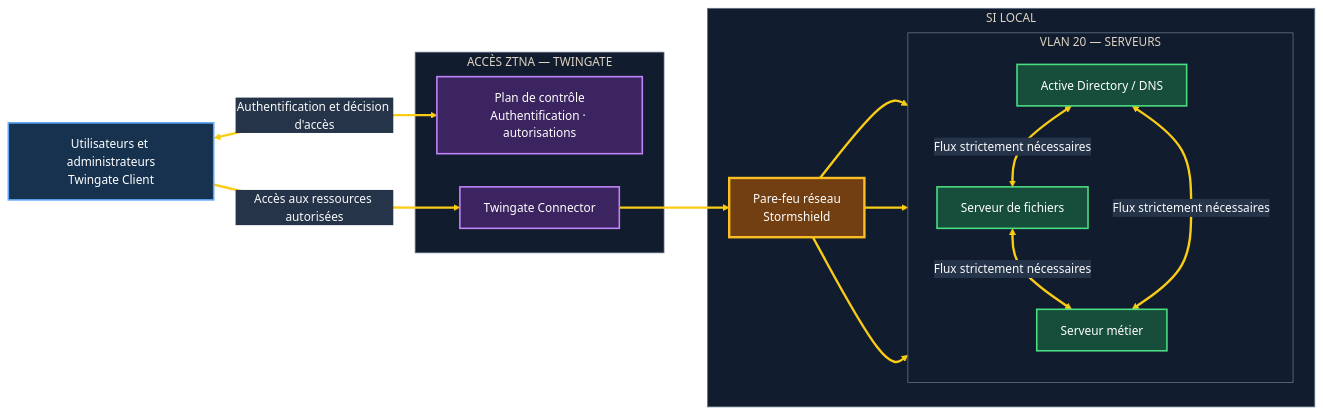
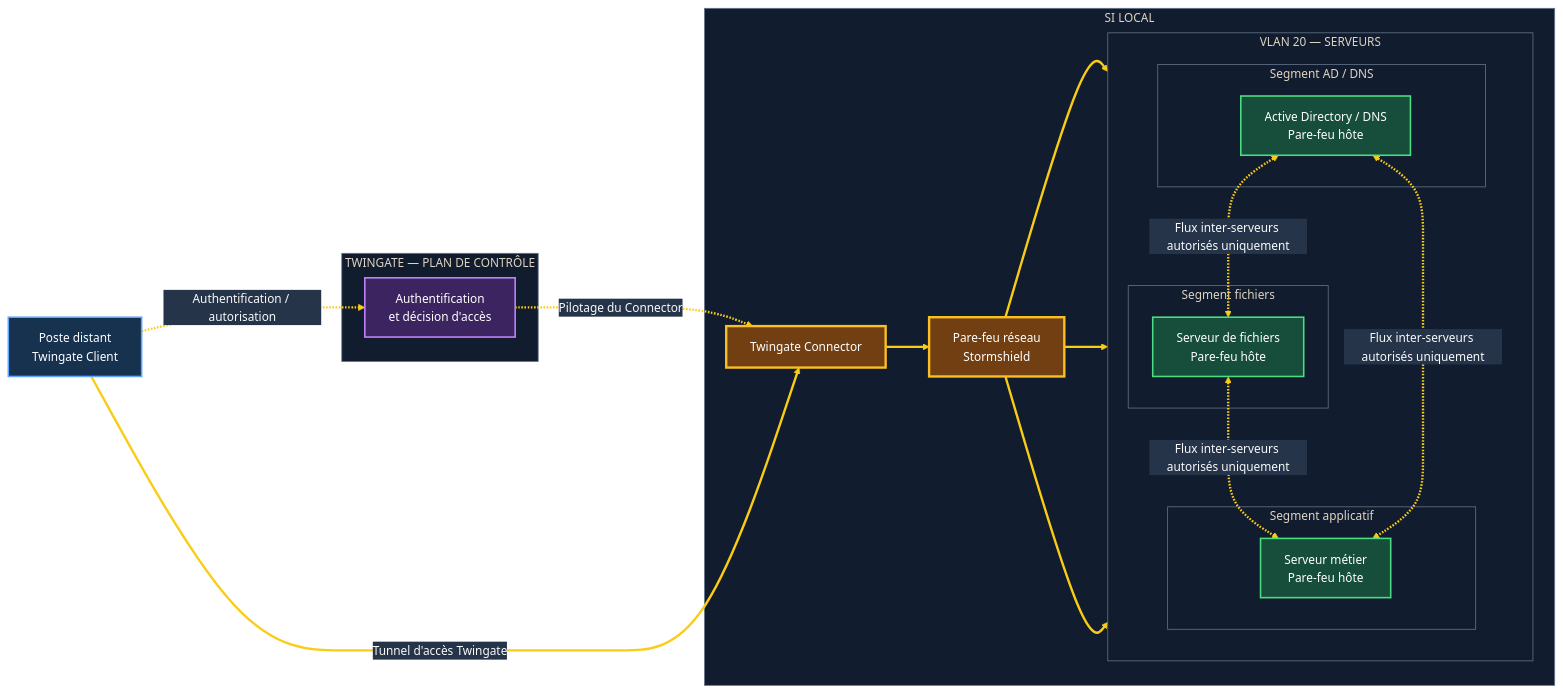
One commit to Chanc-111/Chanc-111 changed the diagram in projects/01-zero-trust-architecture/diagrams/02-target-architecture.mmd. Above: the diagram before and after it, drawn with Mermaid.

Commit message:
Clarify local Twingate Connector path and server microsegmentation

```diff
--- a/projects/01-zero-trust-architecture/diagrams/02-target-architecture.mmd
+++ b/projects/01-zero-trust-architecture/diagrams/02-target-architecture.mmd
@@ -1,40 +1,48 @@
 %%{init: {"theme":"base","themeVariables":{"background":"#0b1220","primaryColor":"#172b45","primaryTextColor":"#f8fafc","primaryBorderColor":"#60a5fa","lineColor":"#facc15","secondaryColor":"#182235","tertiaryColor":"#202b3d","clusterBkg":"#111c2e","clusterBorder":"#64748b","edgeLabelBackground":"#263449","fontFamily":"Arial","fontSize":"15px"},"flowchart":{"curve":"basis","htmlLabels":true,"nodeSpacing":42,"rankSpacing":55}}}%%
 flowchart LR
-    USER["Utilisateurs et administrateurs<br/>Twingate Client"]
+    USER["Poste distant<br/>Twingate Client"]
 
-    subgraph TWIN["ACCÈS ZTNA — TWINGATE"]
-        CONTROL["Plan de contrôle<br/>Authentification · autorisations"]
-        CONNECTOR["Twingate Connector"]
+    subgraph CLOUD["TWINGATE — PLAN DE CONTRÔLE"]
+        CONTROL["Authentification<br/>et décision d'accès"]
     end
 
     subgraph SI["SI LOCAL"]
+        CONNECTOR["Twingate Connector"]
         FW["Pare-feu réseau<br/>Stormshield"]
+
         subgraph VLAN20["VLAN 20 — SERVEURS"]
             direction TB
-            AD["Active Directory / DNS"]
-            FILES["Serveur de fichiers"]
-            APP["Serveur métier"]
-            AD <-->|"Flux strictement nécessaires"| FILES
-            FILES <-->|"Flux strictement nécessaires"| APP
-            AD <-->|"Flux strictement nécessaires"| APP
+            subgraph SEG_AD["Segment AD / DNS"]
+                AD["Active Directory / DNS<br/>Pare-feu hôte"]
+            end
+            subgraph SEG_FILES["Segment fichiers"]
+                FILES["Serveur de fichiers<br/>Pare-feu hôte"]
+            end
+            subgraph SEG_APP["Segment applicatif"]
+                APP["Serveur métier<br/>Pare-feu hôte"]
+            end
+            AD <-.->|"Flux inter-serveurs autorisés uniquement"| FILES
+            FILES <-.->|"Flux inter-serveurs autorisés uniquement"| APP
+            AD <-.->|"Flux inter-serveurs autorisés uniquement"| APP
         end
+
+        CONNECTOR ==> FW
+        FW ==> AD
+        FW ==> FILES
+        FW ==> APP
     end
 
-    USER <-->|"Authentification et décision d'accès"| CONTROL
-    USER ==>|"Accès aux ressources autorisées"| CONNECTOR
-    CONNECTOR ==> FW
-    FW ==> AD
-    FW ==> FILES
-    FW ==> APP
+    USER -.->|"Authentification / autorisation"| CONTROL
+    CONTROL -.->|"Pilotage du Connector"| CONNECTOR
+    USER ==>|"Tunnel d'accès Twingate"| CONNECTOR
 
     classDef endpoint fill:#16324f,stroke:#60a5fa,stroke-width:2px,color:#ffffff
     classDef control fill:#3b245f,stroke:#c084fc,stroke-width:2px,color:#ffffff
     classDef network fill:#713f12,stroke:#fbbf24,stroke-width:3px,color:#ffffff
     classDef server fill:#164e3b,stroke:#4ade80,stroke-width:2px,color:#ffffff
-    classDef micro fill:#7f1d1d,stroke:#fb7185,stroke-width:2px,color:#ffffff
 
     class USER endpoint
-    class CONTROL,CONNECTOR control
-    class FW network
+    class CONTROL control
+    class CONNECTOR,FW network
     class AD,FILES,APP server
     linkStyle default stroke:#facc15,stroke-width:3px,color:#f8fafc
```
